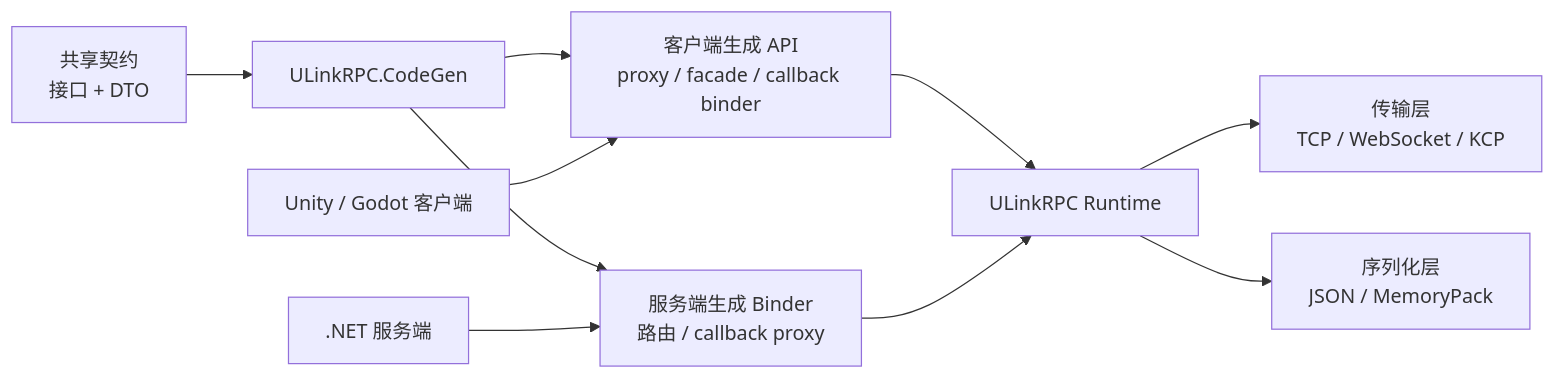
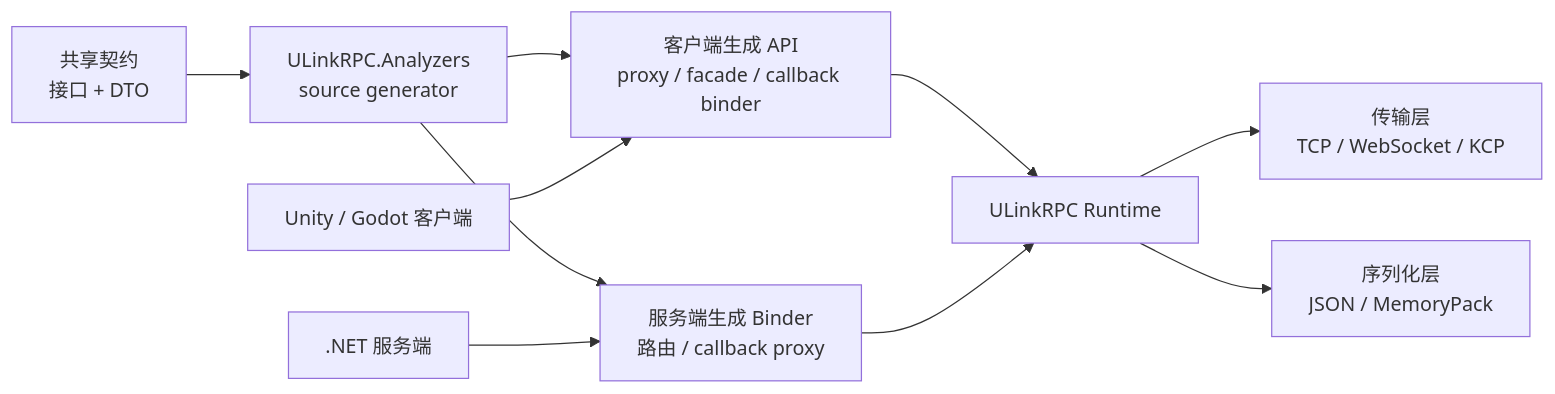
Before and after one commit to bruce48x/ULinkRPC: the first of 2 diagrams in README.zh-CN.md, drawn with Mermaid. The commit also changed other lines of this file and 19 other files, not shown here.

Commit message:
Complete CodeGen removal documentation

````diff
--- a/README.zh-CN.md
+++ b/README.zh-CN.md
@@ -19,14 +19,14 @@
 ```mermaid
 flowchart LR
-    Contracts["共享契约<br/>接口 + DTO"] --> CodeGen["ULinkRPC.CodeGen"]
-    CodeGen --> ClientApi["客户端生成 API<br/>proxy / facade / callback binder"]
-    CodeGen --> ServerBinders["服务端生成 Binder<br/>路由 / callback proxy"]
+    Contracts["共享契约<br/>接口 + DTO"] --> SourceGen["ULinkRPC.Analyzers<br/>source generator"]
+    SourceGen --> ClientApi["客户端生成 API<br/>proxy / facade / callback binder"]
+    SourceGen --> ServerBinders["服务端生成 Binder<br/>路由 / callback proxy"]
 
     Client["Unity / Godot 客户端"] --> ClientApi
     ClientApi --> Runtime["ULinkRPC Runtime"]
     Server[".NET 服务端"] --> ServerBinders
     ServerBinders --> Runtime
 
     Runtime --> Transport["传输层<br/>TCP / WebSocket / KCP"]
     Runtime --> Serializer["序列化层<br/>JSON / MemoryPack"]
 ```
````
